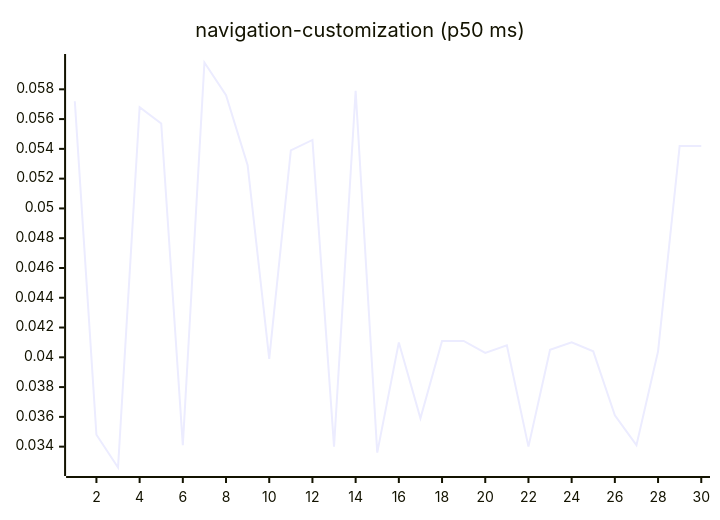
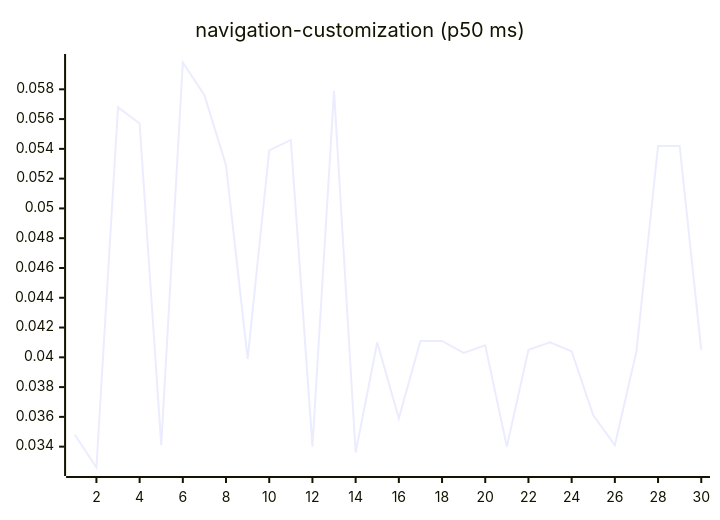
Before and after one commit to josha/Facet: diagram 15 of 27 in README.md, drawn with Mermaid. The commit also changed other lines of this file and 2 other files, not shown here.

````diff
--- a/README.md
+++ b/README.md
@@ -161,6 +161,6 @@
 ```mermaid
 xychart-beta
     title "navigation-customization (p50 ms)"
     x-axis 1 --> 30
-    line [0.0572, 0.0348, 0.0326, 0.0568, 0.0557, 0.0341, 0.0598, 0.0576, 0.0529, 0.0399, 0.0539, 0.0546, 0.0340, 0.0579, 0.0336, 0.0410, 0.0359, 0.0411, 0.0411, 0.0403, 0.0408, 0.0340, 0.0405, 0.0410, 0.0404, 0.0361, 0.0341, 0.0404, 0.0542, 0.0542]
+    line [0.0348, 0.0326, 0.0568, 0.0557, 0.0341, 0.0598, 0.0576, 0.0529, 0.0399, 0.0539, 0.0546, 0.0340, 0.0579, 0.0336, 0.0410, 0.0359, 0.0411, 0.0411, 0.0403, 0.0408, 0.0340, 0.0405, 0.0410, 0.0404, 0.0361, 0.0341, 0.0404, 0.0542, 0.0542, 0.0405]
 ```
````
